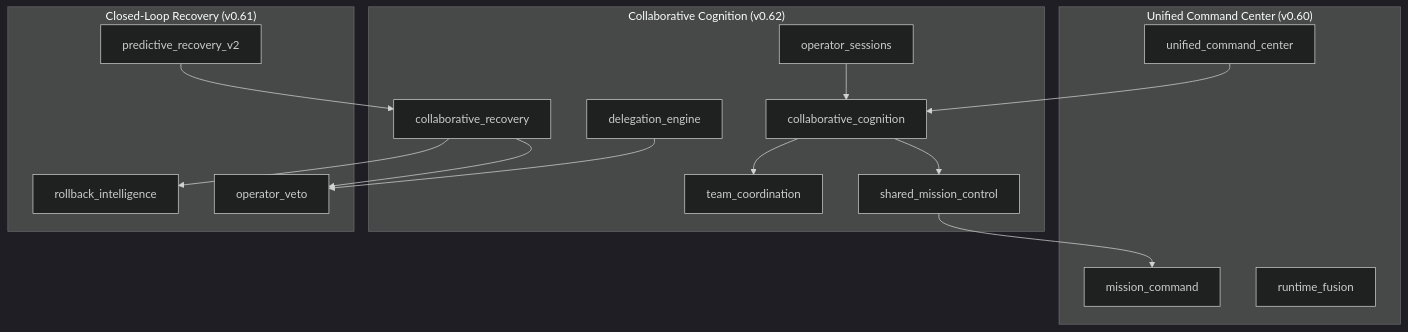
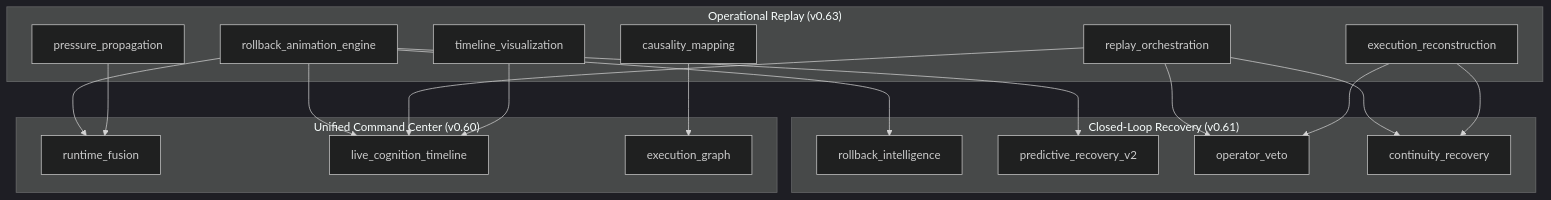
One commit to FrostXMello/odin-runtime changed the first of 6 diagrams in README.md. Above: the diagram before and after it, drawn with Mermaid (dark theme). The commit also changed other lines of this file and 6 other files, not shown here.

Commit message:
docs(p63): operational replay atlas and module documentation

````diff
--- a/README.md
+++ b/README.md
@@ -33,33 +34,37 @@
 ```mermaid
 flowchart TB
-    subgraph Collaboration["Collaborative Cognition (v0.62)"]
-        CC[collaborative_cognition]
-        OS[operator_sessions]
-        SMC[shared_mission_control]
-        DE[delegation_engine]
-        TC[team_coordination]
-        CR[collaborative_recovery]
+    subgraph Replay["Operational Replay (v0.63)"]
+        RAE[rollback_animation_engine]
+        CM[causality_mapping]
+        RO[replay_orchestration]
+        PP[pressure_propagation]
+        TV[timeline_visualization]
+        ER[execution_reconstruction]
+    end
+
+    subgraph Recovery["Closed-Loop Recovery (v0.61)"]
+        RI[rollback_intelligence]
+        PR[predictive_recovery_v2]
+        OV[operator_veto]
+        CR[continuity_recovery]
     end
 
     subgraph Command["Unified Command Center (v0.60)"]
-        UCC[unified_command_center]
-        MC[mission_command]
         RF[runtime_fusion]
+        LCT[live_cognition_timeline]
+        EG[execution_graph]
     end
 
-    subgraph Recovery["Closed-Loop Recovery (v0.61)"]
-        PR[predictive_recovery_v2]
-        OV[operator_veto]
-        RI[rollback_intelligence]
-    end
-
-    OS --> CC
-    CC --> SMC
-    CC --> TC
-    SMC --> MC
-    DE --> OV
-    CR --> OV
-    CR --> RI
-    UCC --> CC
-    PR --> CR
+    RAE --> RI
+    RAE --> PR
+    RAE --> LCT
+    RAE --> RF
+    CM --> EG
+    RO --> LCT
+    RO --> OV
+    RO --> CR
+    PP --> RF
+    TV --> LCT
+    ER --> CR
+    ER --> OV
 ```
````
